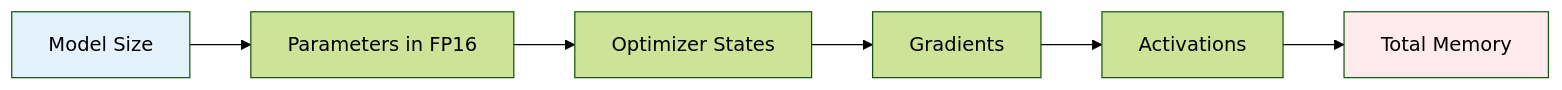
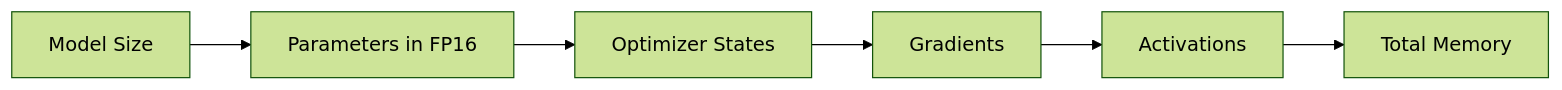
The second of 3 diagrams in content/Concepts/model-selection-llm.md (xdflatline/quartz), drawn with Mermaid (forest theme) before and after one commit. The commit also changed other lines of this file and 6 other files, not shown here.

````diff
--- a/content/Concepts/model-selection-llm.md
+++ b/content/Concepts/model-selection-llm.md
@@ -84,11 +82,9 @@
 ```mermaid
 graph LR
     A[Model Size] --> B[Parameters in FP16]
     B --> C[Optimizer States]
     C --> D[Gradients]
     D --> E[Activations]
     E --> F[Total Memory]
     
-    style A fill:#e3f2fd
-    style F fill:#ffebee
 ```
````
